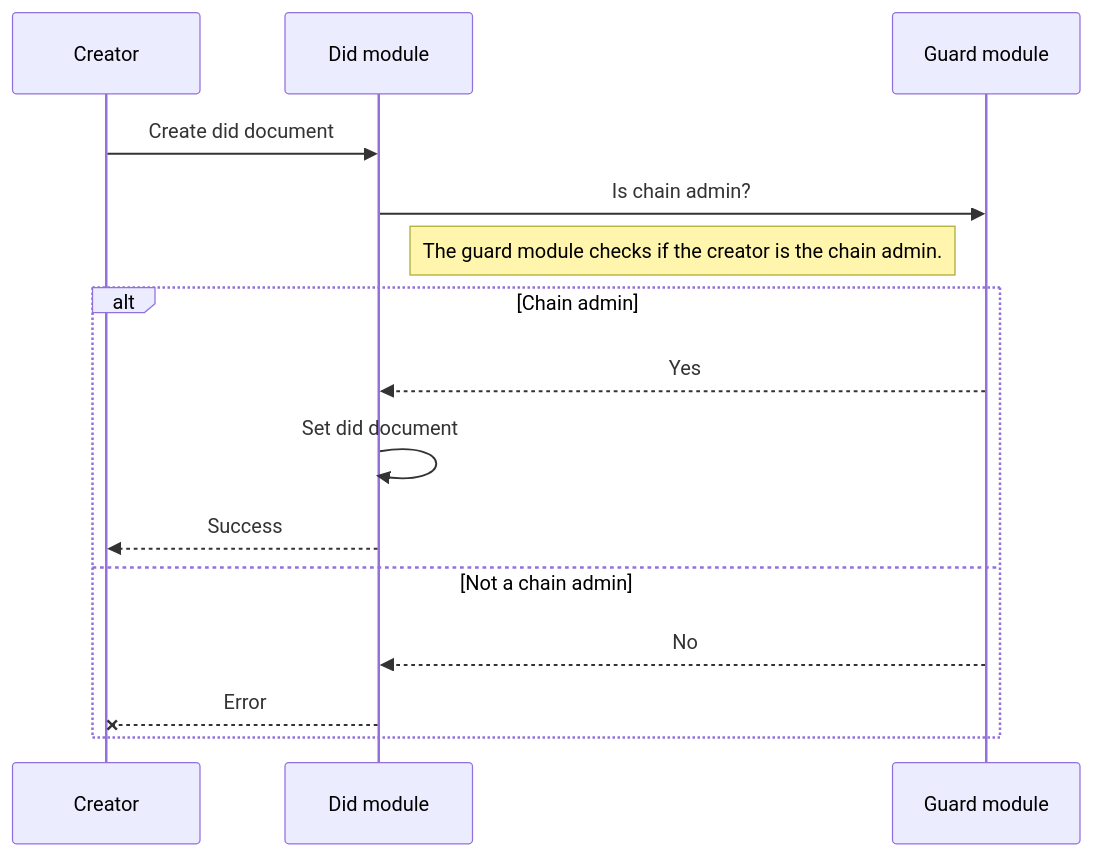
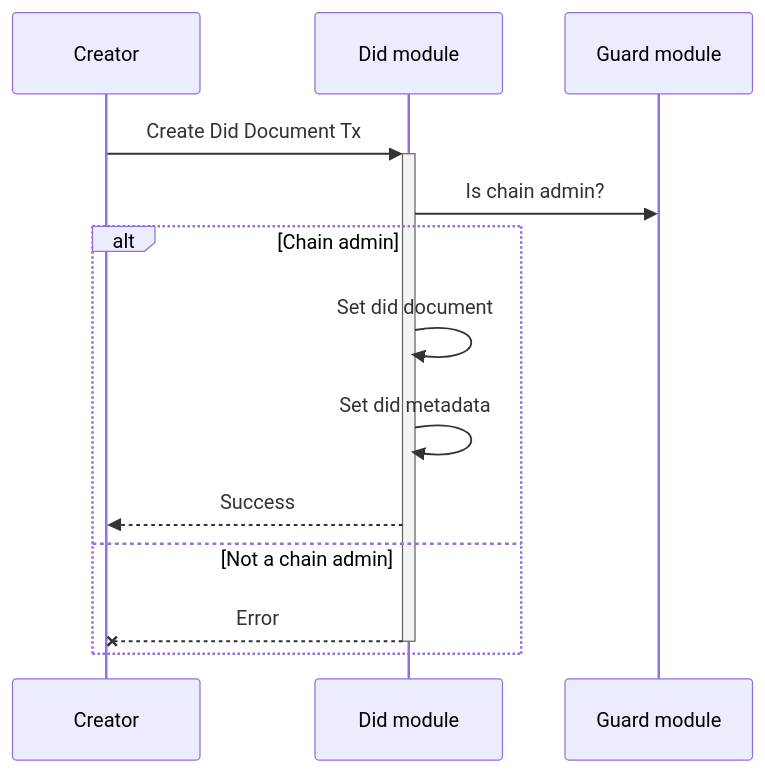
One commit to MANTRA-Chain/mantrachain changed the first of 9 diagrams in x/did/spec/01_txs_flows.md. Above: the diagram before and after it, drawn with Mermaid. The commit also changed other lines of this file and 12 other files, not shown here.

Commit message:
docs: add update txs flows docs

````diff
--- a/x/did/spec/01_txs_flows.md
+++ b/x/did/spec/01_txs_flows.md
@@ -7,14 +7,12 @@
 ```mermaid
 sequenceDiagram
-Creator ->> Did module: Create did document
+Creator->>+Did module: Create Did Document Tx
 Did module->>Guard module: Is chain admin?
-Note left of Guard module: The guard module checks if the creator is the chain admin.
 alt Chain admin
-  Guard module-->>Did module: Yes
   Did module->>Did module: Set did document
-  Did module-->> Creator: Success
+  Did module->>Did module: Set did metadata
+  Did module-->>Creator: Success
 else Not a chain admin
-  Guard module-->>Did module: No
-  Did module--x Creator: Error
+  Did module--x-Creator: Error
 end
 ```
````
